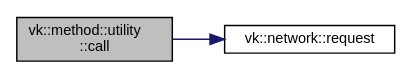
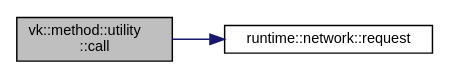
One commit to edgjj/cpp_vk_lib changed the diagram in docs/classvk_1_1method_1_1utility_a815a7fb6e71510eedbd05eedaf68db84_cgraph.dot. Above: the diagram before and after it, drawn with Graphviz. The commit also changed 750 other files, not shown here.

```diff
--- a/docs/classvk_1_1method_1_1utility_a815a7fb6e71510eedbd05eedaf68db84_cgraph.dot
+++ b/docs/classvk_1_1method_1_1utility_a815a7fb6e71510eedbd05eedaf68db84_cgraph.dot
@@ -1,10 +1,10 @@
 digraph "vk::method::utility::call"
 {
  // LATEX_PDF_SIZE
   edge [fontname="Helvetica",fontsize="10",labelfontname="Helvetica",labelfontsize="10"];
   node [fontname="Helvetica",fontsize="10",shape=record];
   rankdir="LR";
   Node1 [label="vk::method::utility\l::call",height=0.2,width=0.4,color="black", fillcolor="grey75", style="filled", fontcolor="black",tooltip=" "];
   Node1 -> Node2 [color="midnightblue",fontsize="10",style="solid",fontname="Helvetica"];
-  Node2 [label="vk::network::request",height=0.2,width=0.4,color="black", fillcolor="white", style="filled",URL="$namespacevk_1_1network.html#adee4ff08ecd6d078194cc61e8b48b102",tooltip=" "];
+  Node2 [label="runtime::network::request",height=0.2,width=0.4,color="black", fillcolor="white", style="filled",URL="$namespaceruntime_1_1network.html#ae4635872d8b216406225a09831a5b2cd",tooltip=" "];
 }
```
